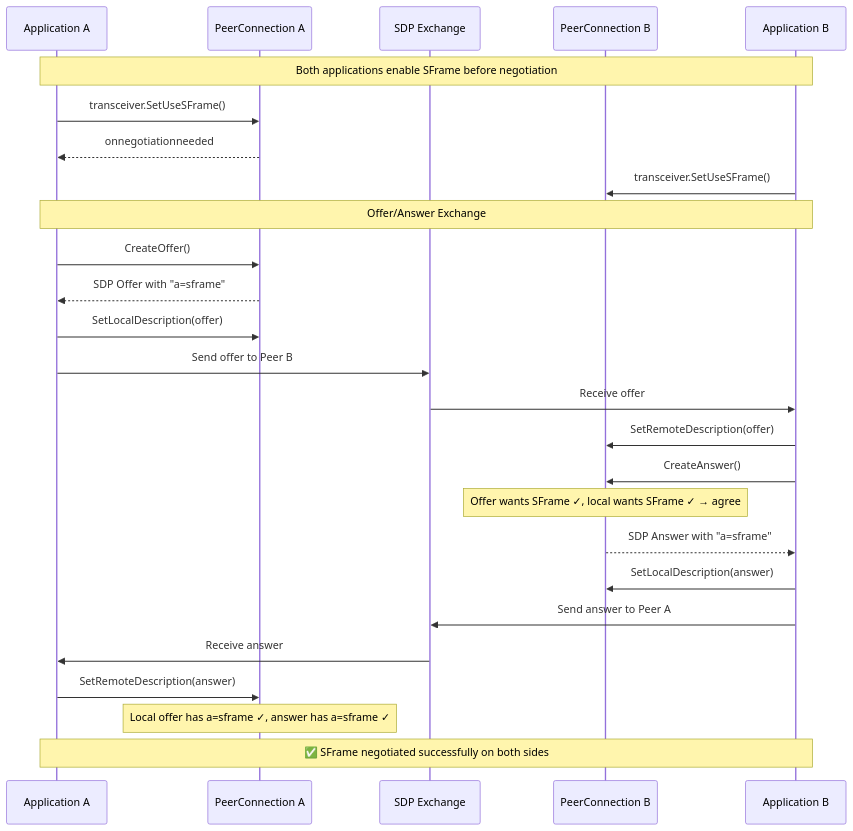
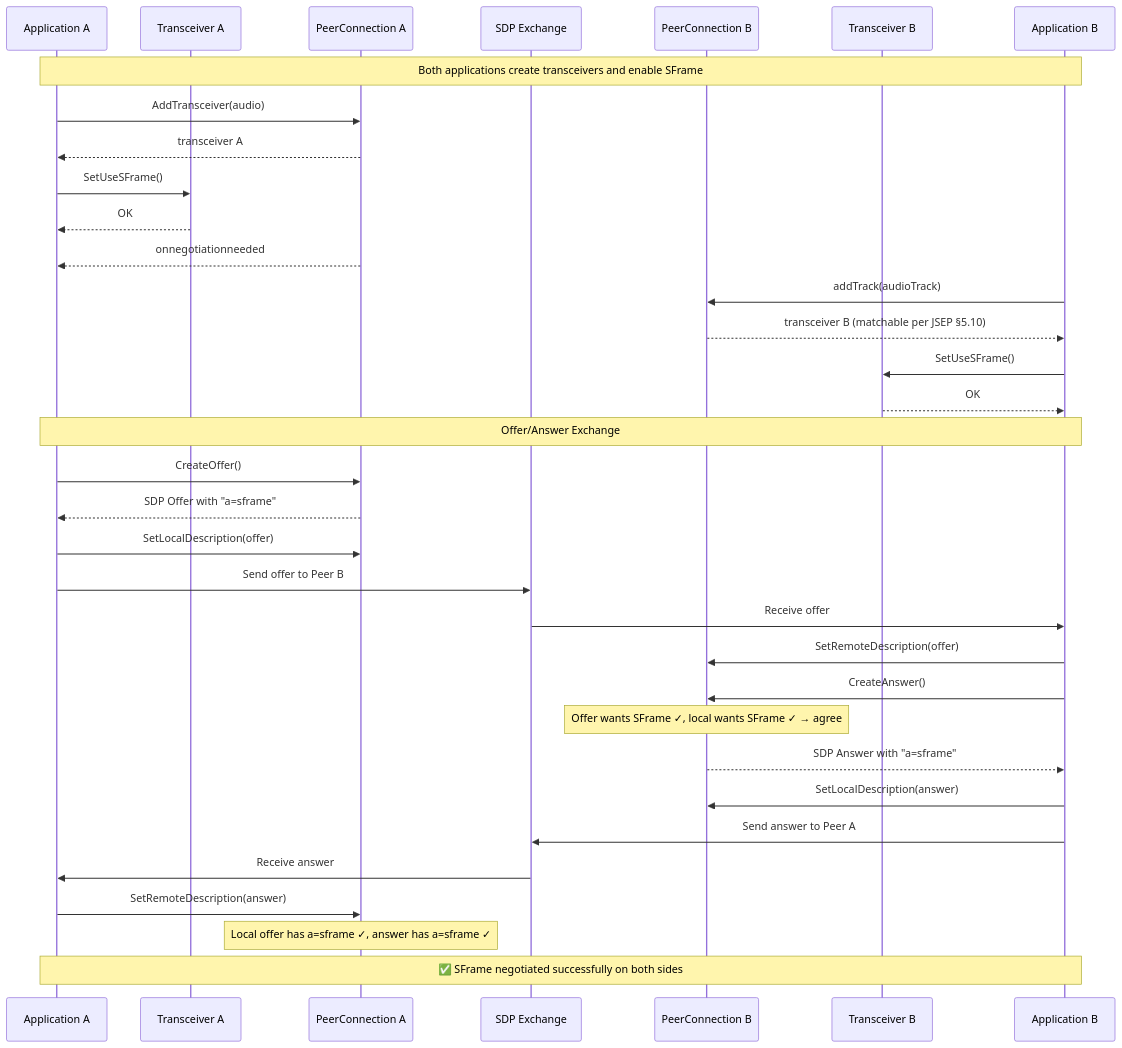
The first of 6 diagrams in negotiation.md (webex/webrtc-sframe), drawn with Mermaid before and after one commit. The commit also changed other lines of this file, not shown here.

````diff
--- a/negotiation.md
+++ b/negotiation.md
@@ -51,39 +86,47 @@
 ```mermaid
 sequenceDiagram
     participant AppA as Application A
+    participant TA as Transceiver A
     participant PCA as PeerConnection A
     participant SDP as SDP Exchange
     participant PCB as PeerConnection B
+    participant TB as Transceiver B
     participant AppB as Application B
 
-    Note over AppA,AppB: Both applications enable SFrame before negotiation
+    Note over AppA,AppB: Both applications create transceivers and enable SFrame
 
-    AppA->>PCA: transceiver.SetUseSFrame()
+    AppA->>PCA: AddTransceiver(audio)
+    PCA-->>AppA: transceiver A
+    AppA->>TA: SetUseSFrame()
+    TA-->>AppA: OK
     PCA-->>AppA: onnegotiationneeded
 
-    AppB->>PCB: transceiver.SetUseSFrame()
+    AppB->>PCB: addTrack(audioTrack)
+    PCB-->>AppB: transceiver B (matchable per JSEP §5.10)
+    AppB->>TB: SetUseSFrame()
+    TB-->>AppB: OK
 
     Note over AppA,AppB: Offer/Answer Exchange
 
     AppA->>PCA: CreateOffer()
     PCA-->>AppA: SDP Offer with "a=sframe"
 
     AppA->>PCA: SetLocalDescription(offer)
     AppA->>SDP: Send offer to Peer B
 
     SDP->>AppB: Receive offer
     AppB->>PCB: SetRemoteDescription(offer)
 
     AppB->>PCB: CreateAnswer()
     Note over PCB: Offer wants SFrame ✓, local wants SFrame ✓ → agree
     PCB-->>AppB: SDP Answer with "a=sframe"
 
     AppB->>PCB: SetLocalDescription(answer)
     AppB->>SDP: Send answer to Peer A
 
     SDP->>AppA: Receive answer
     AppA->>PCA: SetRemoteDescription(answer)
     Note over PCA: Local offer has a=sframe ✓, answer has a=sframe ✓
 
     Note over AppA,AppB: ✅ SFrame negotiated successfully on both sides
 ```
````
